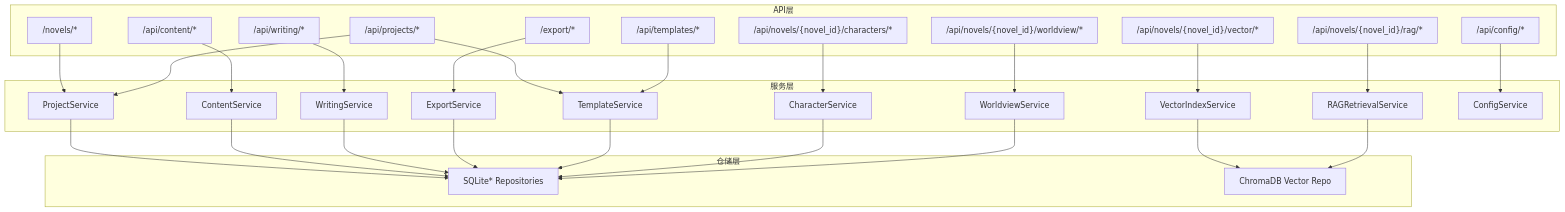
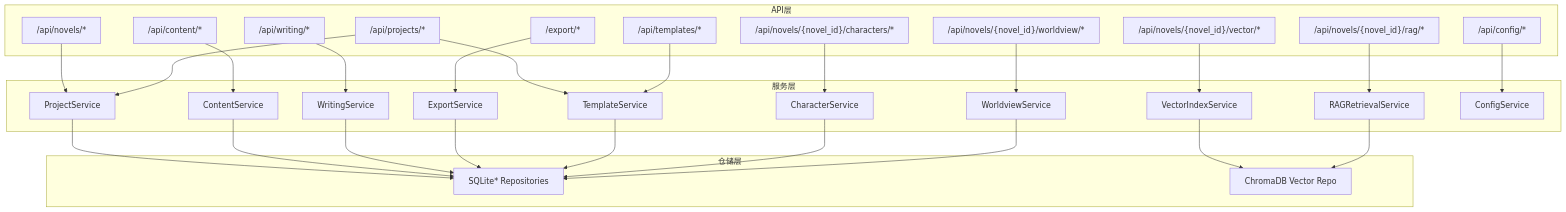
Before and after one commit to octsfm/InkTrace: the second of 3 diagrams in .qoder/repowiki/zh/content/API接口文档/API接口文档.md, drawn with Mermaid. The commit also changed other lines of this file and 25 other files, not shown here.

````diff
--- a/.qoder/repowiki/zh/content/API接口文档/API接口文档.md
+++ b/.qoder/repowiki/zh/content/API接口文档/API接口文档.md
@@ -89,53 +89,53 @@
 ```mermaid
 graph TB
 subgraph "API层"
-R1["/novels/*"]
+R1["/api/novels/*"]
 R2["/api/content/*"]
 R3["/api/writing/*"]
 R4["/export/*"]
 R5["/api/projects/*"]
 R6["/api/templates/*"]
 R7["/api/novels/{novel_id}/characters/*"]
 R8["/api/novels/{novel_id}/worldview/*"]
 R9["/api/novels/{novel_id}/vector/*"]
 R10["/api/novels/{novel_id}/rag/*"]
 R11["/api/config/*"]
 end
 subgraph "服务层"
 S1["ProjectService"]
 S2["ContentService"]
 S3["WritingService"]
 S4["ExportService"]
 S5["TemplateService"]
 S6["CharacterService"]
 S7["WorldviewService"]
 S8["VectorIndexService"]
 S9["RAGRetrievalService"]
 S10["ConfigService"]
 end
 subgraph "仓储层"
 X1["SQLite* Repositories"]
 X2["ChromaDB Vector Repo"]
 end
 R1 --> S1
 R2 --> S2
 R3 --> S3
 R4 --> S4
 R5 --> S1
 R5 --> S5
 R6 --> S5
 R7 --> S6
 R8 --> S7
 R9 --> S8
 R10 --> S9
 R11 --> S10
 S1 --> X1
 S2 --> X1
 S3 --> X1
 S4 --> X1
 S5 --> X1
 S6 --> X1
 S7 --> X1
 S8 --> X2
 S9 --> X2
 ```
````
